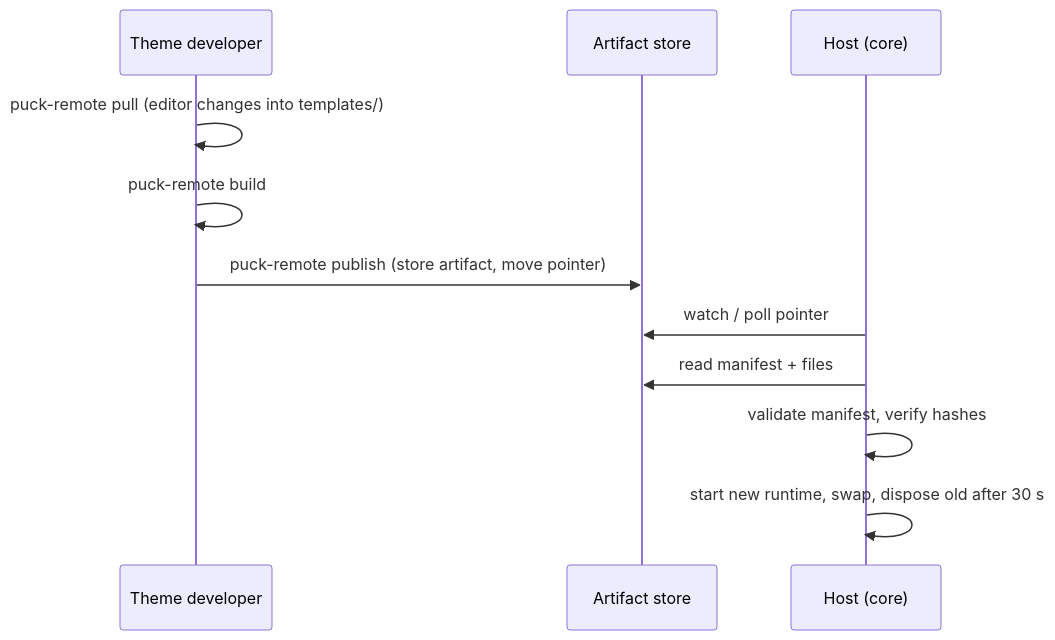
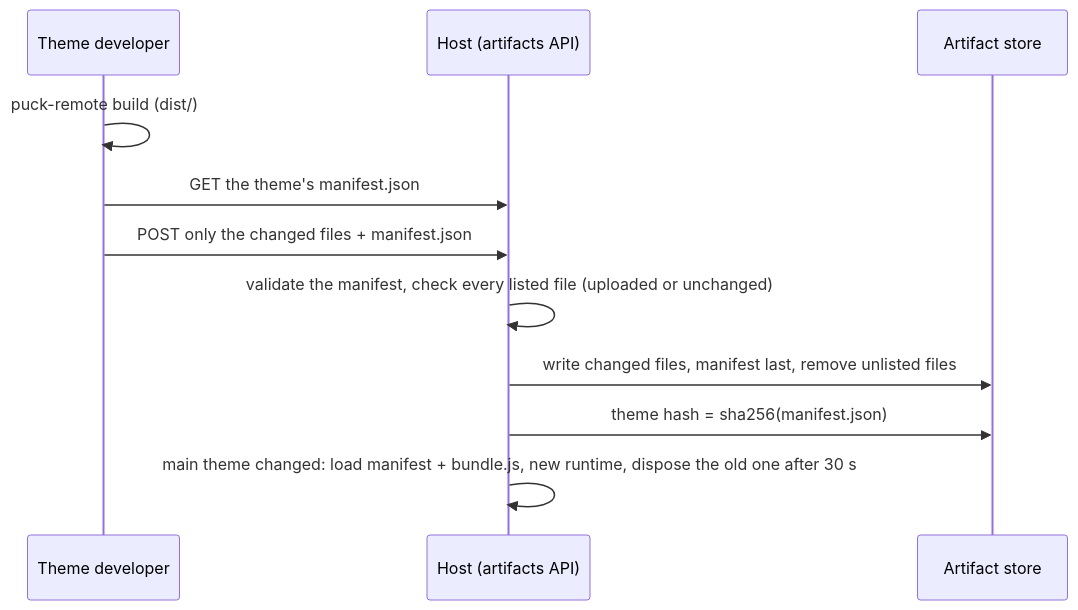
The diagram in apps/docs/content/docs/(framework)/concepts/artifacts.mdx (0ctanium/puckremote), drawn with Mermaid before and after one commit. The commit also changed other lines of this file and 117 other files, not shown here.

First line of the commit message:
Themes API: Shopify-like themes with per-theme files, partial pushes, dev and live reload

````diff
--- a/apps/docs/content/docs/(framework)/concepts/artifacts.mdx
+++ b/apps/docs/content/docs/(framework)/concepts/artifacts.mdx
@@ -49,13 +44,13 @@
 ```mermaid
 sequenceDiagram
   participant Dev as Theme developer
+  participant Host as Host (artifacts API)
   participant Store as Artifact store
-  participant Host as Host (core)
-  Dev->>Dev: puck-remote pull (editor changes into templates/)
-  Dev->>Dev: puck-remote build
-  Dev->>Store: puck-remote publish (store artifact, move pointer)
-  Host->>Store: watch / poll pointer
-  Host->>Store: read manifest + files
-  Host->>Host: validate manifest, verify hashes
-  Host->>Host: start new runtime, swap, dispose old after 30 s
+  Dev->>Dev: puck-remote build (dist/)
+  Dev->>Host: GET the theme's manifest.json
+  Dev->>Host: POST only the changed files + manifest.json
+  Host->>Host: validate the manifest, check every listed file (uploaded or unchanged)
+  Host->>Store: write changed files, manifest last, remove unlisted files
+  Host->>Store: theme hash = sha256(manifest.json)
+  Host->>Host: main theme changed: load manifest + bundle.js, new runtime, dispose the old one after 30 s
 ```
````
